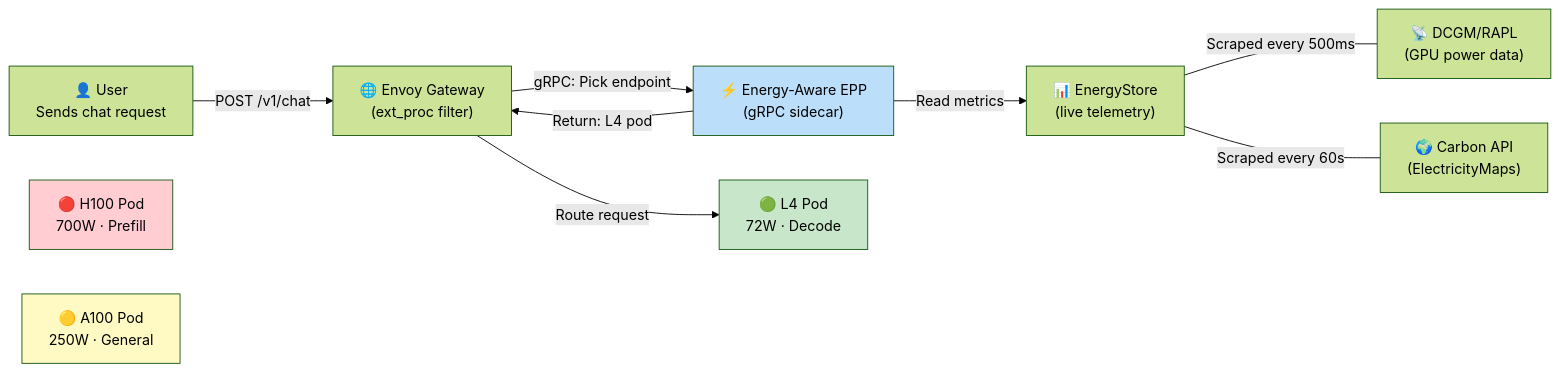
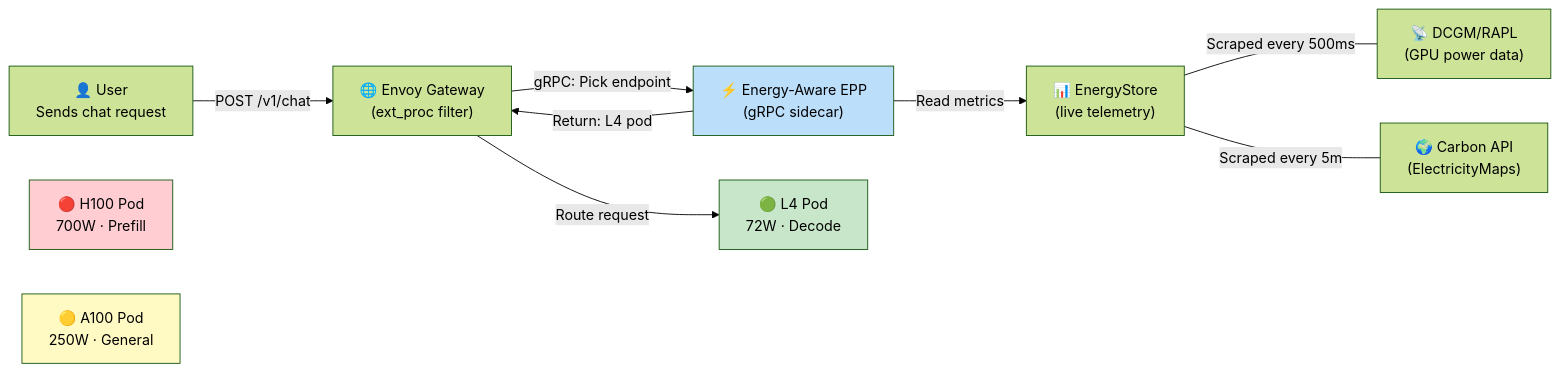
The diagram in deployment_walkthrough.md (johnnietse/llm-d-epp-Energy-Aware-Endpoint-Picker-Plugin-), drawn with Mermaid (forest theme) before and after one commit. The commit also changed other lines of this file and 22 other files, not shown here.

````diff
--- a/deployment_walkthrough.md
+++ b/deployment_walkthrough.md
@@ -8,25 +8,25 @@
 ```mermaid
 flowchart LR
     User["👤 User\nSends chat request"]
     Envoy["🌐 Envoy Gateway\n(ext_proc filter)"]
     EPP["⚡ Energy-Aware EPP\n(gRPC sidecar)"]
     Store["📊 EnergyStore\n(live telemetry)"]
     H100["🔴 H100 Pod\n700W · Prefill"]
     A100["🟡 A100 Pod\n250W · General"]
     L4["🟢 L4 Pod\n72W · Decode"]
     Carbon["🌍 Carbon API\n(ElectricityMaps)"]
     DCGM["📡 DCGM/RAPL\n(GPU power data)"]
 
     User -->|"POST /v1/chat"| Envoy
     Envoy -->|"gRPC: Pick endpoint"| EPP
     EPP -->|"Read metrics"| Store
     Store ---|"Scraped every 500ms"| DCGM
-    Store ---|"Scraped every 60s"| Carbon
+    Store ---|"Scraped every 5m"| Carbon
     EPP -->|"Return: L4 pod"| Envoy
     Envoy -->|"Route request"| L4
     
     style H100 fill:#ffcdd2
     style A100 fill:#fff9c4
     style L4 fill:#c8e6c9
     style EPP fill:#bbdefb
 ```
````
